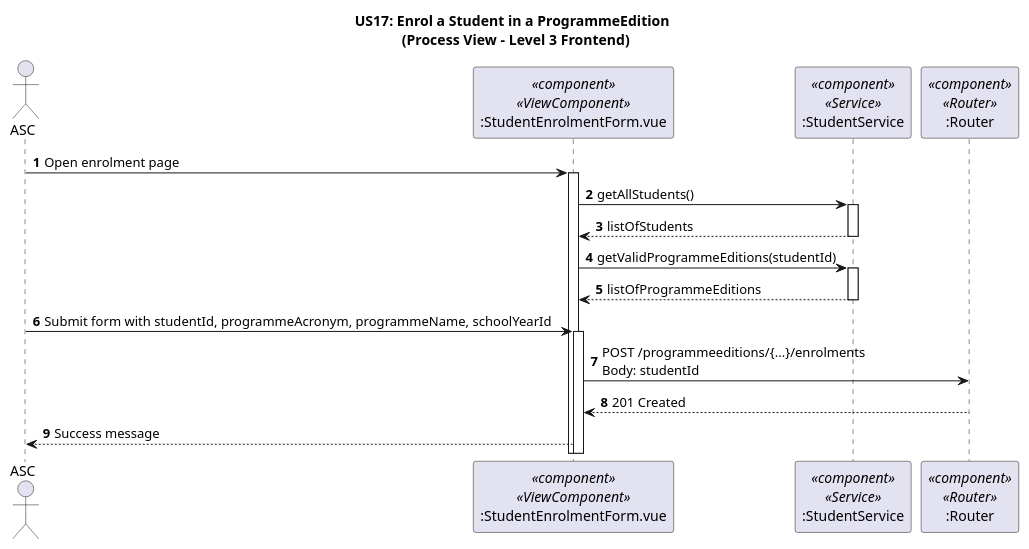
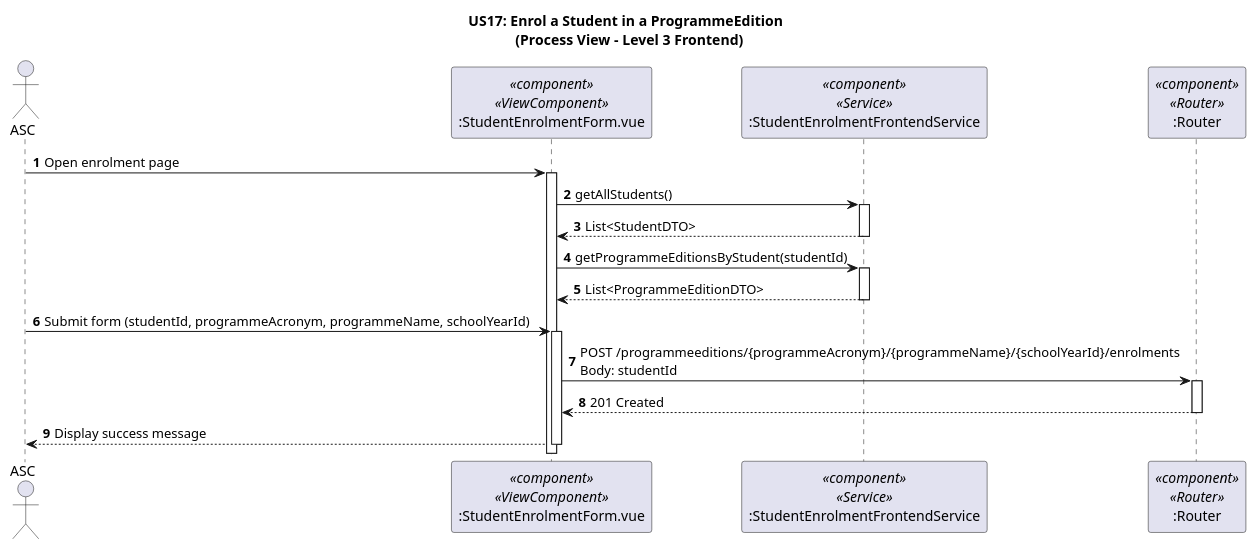
Before and after one commit to GasparISEP/DevOps-PAI: the diagram in docs/US17/Sprint_6_RestAPI/ProcessView/US17_RestAPI_ProcessView_Level3_Frontend.puml, drawn with PlantUML.

Commit message:
#500 #587 Update US17_RestAPI_ProcessView_Level3_Frontend.puml

```diff
--- a/docs/US17/Sprint_6_RestAPI/ProcessView/US17_RestAPI_ProcessView_Level3_Frontend.puml
+++ b/docs/US17/Sprint_6_RestAPI/ProcessView/US17_RestAPI_ProcessView_Level3_Frontend.puml
@@ -1,26 +1,29 @@
 @startuml
 
 ' US17 - Frontend Granular Flow
 ' Process View - Level 3 Frontend
 
 autonumber
 
 title US17: Enrol a Student in a ProgrammeEdition \n (Process View - Level 3 Frontend)
 
 actor ASC
 participant ":StudentEnrolmentForm.vue" as form <<component>> <<ViewComponent>>
-participant ":StudentService" as frontendService <<component>> <<Service>>
+participant ":StudentEnrolmentFrontendService" as frontendService <<component>> <<Service>>
 participant ":Router" as router <<component>> <<Router>>
 
 ASC -> form ++: Open enrolment page
+
 form -> frontendService ++: getAllStudents()
-frontendService --> form --: listOfStudents
-form -> frontendService ++: getValidProgrammeEditions(studentId)
-frontendService --> form --: listOfProgrammeEditions
+frontendService --> form --: List<StudentDTO>
 
-ASC -> form ++: Submit form with studentId, programmeAcronym, programmeName, schoolYearId
-form -> router: POST /programmeeditions/{...}/enrolments\nBody: studentId
-router --> form: 201 Created
-form --> ASC: Success message
+form -> frontendService ++: getProgrammeEditionsByStudent(studentId)
+frontendService --> form --: List<ProgrammeEditionDTO>
+
+ASC -> form ++: Submit form (studentId, programmeAcronym, programmeName, schoolYearId)
+form -> router ++: POST /programmeeditions/{programmeAcronym}/{programmeName}/{schoolYearId}/enrolments\nBody: studentId
+
+router --> form --: 201 Created
+form --> ASC --: Display success message
 
 @enduml
```
